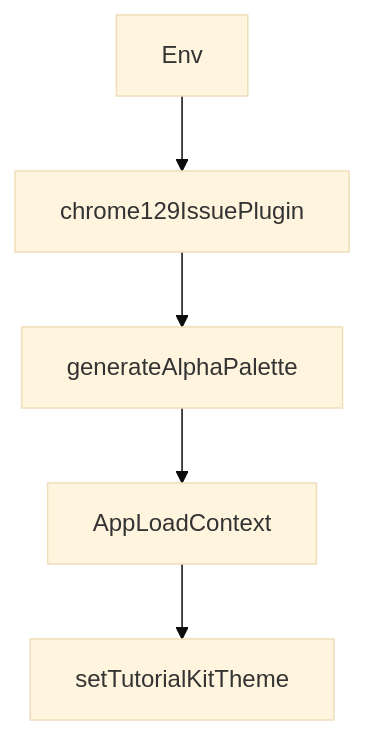
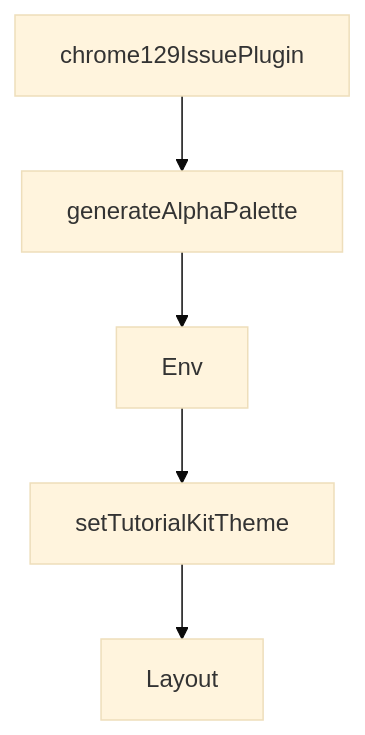
Before and after one commit to johnxie/awesome-code-docs: the diagram in tutorials/bolt-diy-tutorial/01-getting-started.md, drawn with Mermaid (base theme). The commit also changed other lines of this file and 1232 other files, not shown here.

````diff
--- a/tutorials/bolt-diy-tutorial/01-getting-started.md
+++ b/tutorials/bolt-diy-tutorial/01-getting-started.md
@@ -314,12 +337,12 @@
 ```mermaid
 flowchart TD
-    A[Env]
-    B[chrome129IssuePlugin]
-    C[generateAlphaPalette]
-    D[AppLoadContext]
-    E[setTutorialKitTheme]
+    A[chrome129IssuePlugin]
+    B[generateAlphaPalette]
+    C[Env]
+    D[setTutorialKitTheme]
+    E[Layout]
     A --> B
     B --> C
     C --> D
     D --> E
 ```
````
